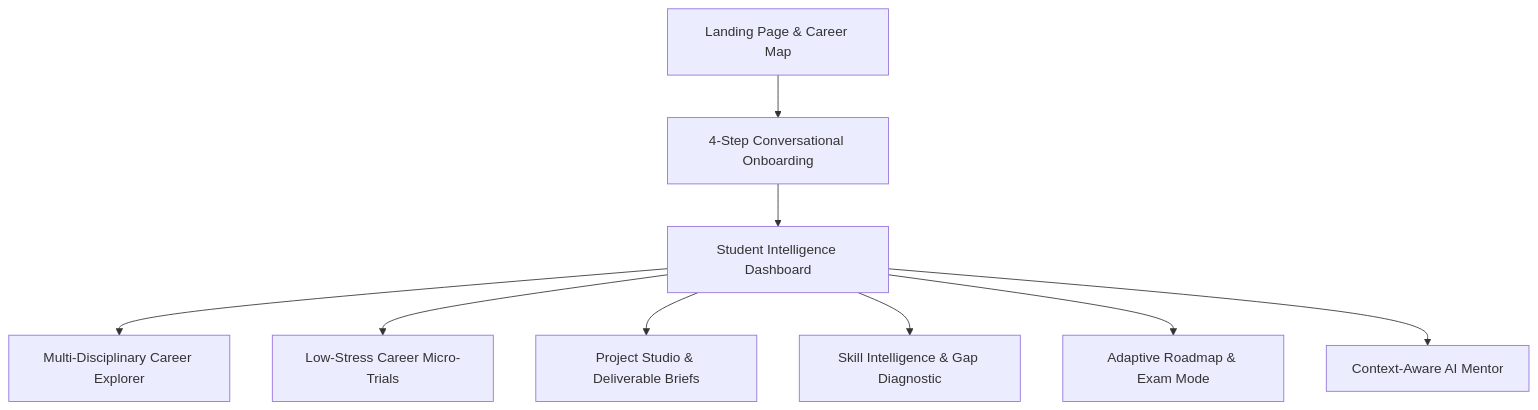
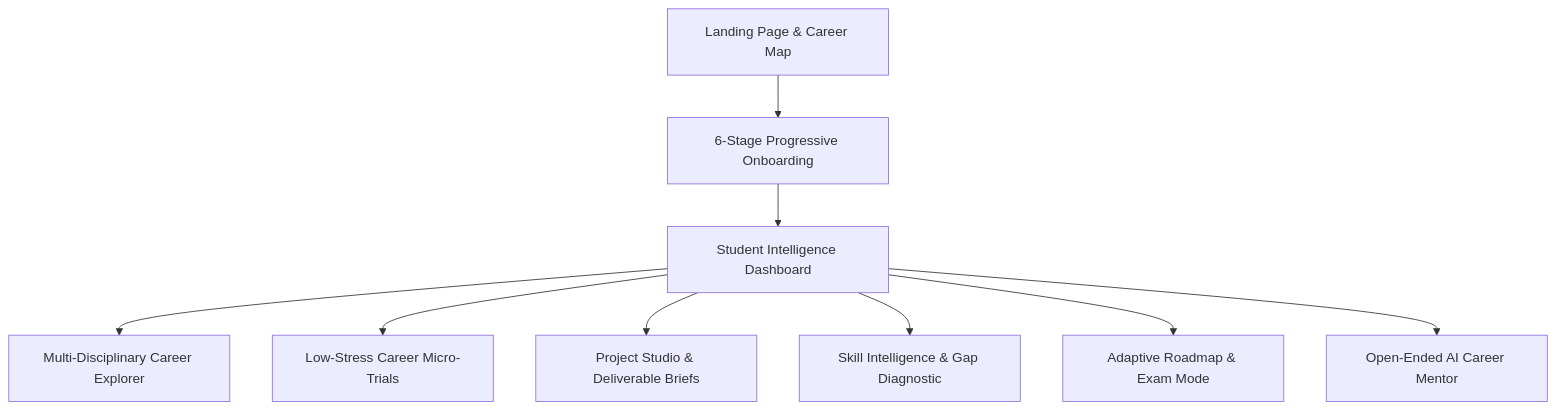
Before and after one commit to Deepanshugrewal123/aaroh: the diagram in README.md, drawn with Mermaid. The commit also changed other lines of this file and 30 other files, not shown here.

````diff
--- a/README.md
+++ b/README.md
@@ -24,11 +25,11 @@
 ```mermaid
 flowchart TD
-    Landing["Landing Page & Career Map"] --> Onboarding["4-Step Conversational Onboarding"]
+    Landing["Landing Page & Career Map"] --> Onboarding["6-Stage Progressive Onboarding"]
     Onboarding --> Dashboard["Student Intelligence Dashboard"]
     Dashboard --> Explore["Multi-Disciplinary Career Explorer"]
     Dashboard --> Trials["Low-Stress Career Micro-Trials"]
     Dashboard --> Projects["Project Studio & Deliverable Briefs"]
     Dashboard --> Skills["Skill Intelligence & Gap Diagnostic"]
     Dashboard --> Roadmap["Adaptive Roadmap & Exam Mode"]
-    Dashboard --> Mentor["Context-Aware AI Mentor"]
+    Dashboard --> Mentor["Open-Ended AI Career Mentor"]
 ```
````
